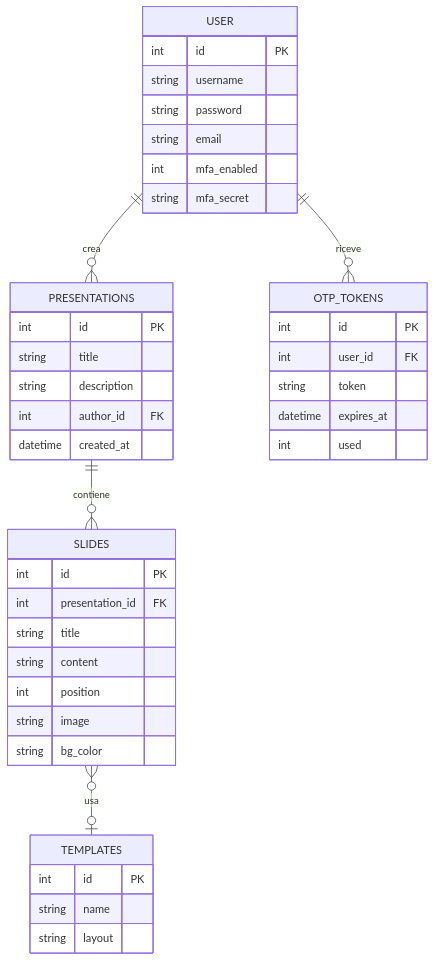
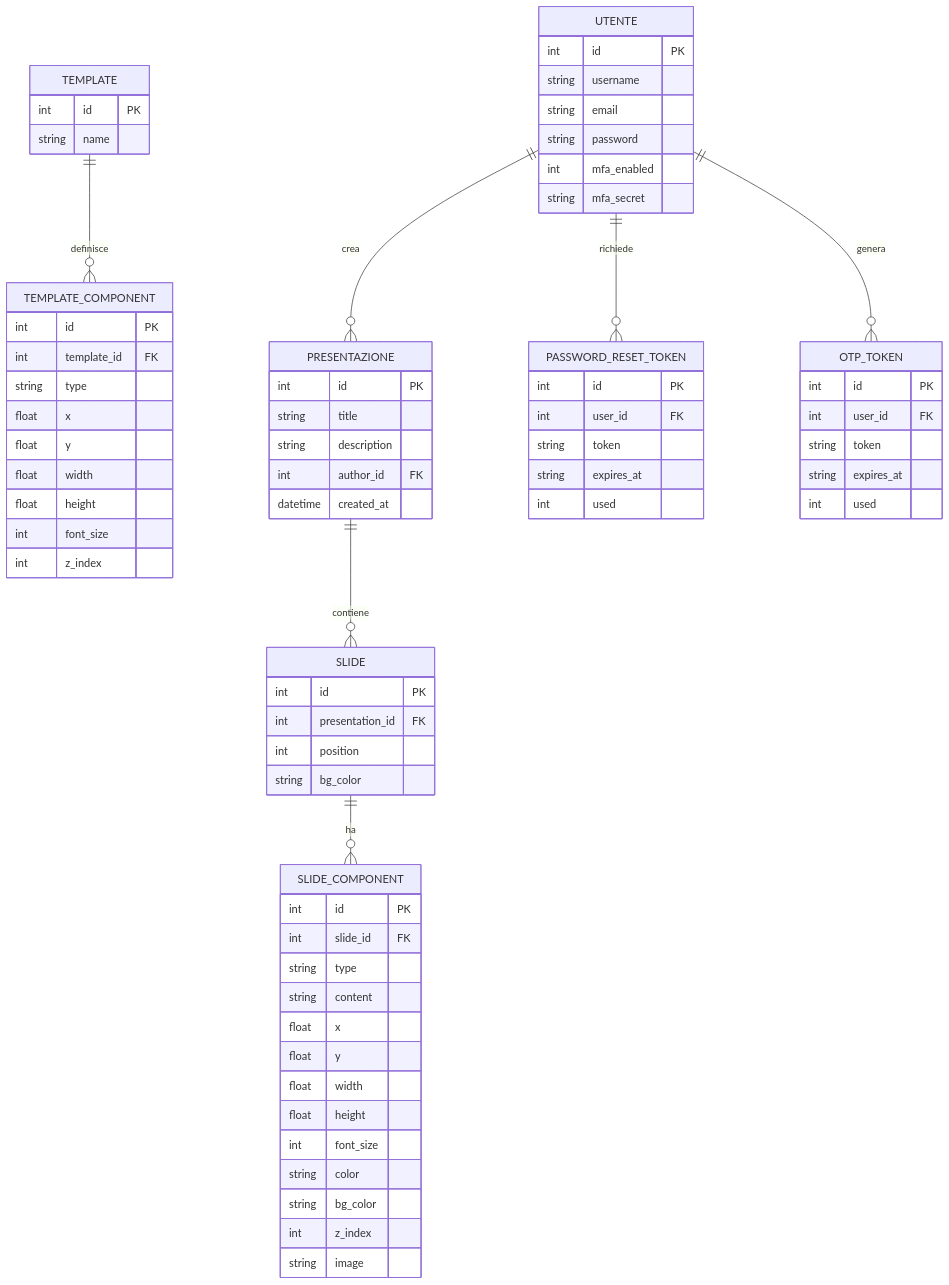
The first of 3 diagrams in Documento_Requisiti_SlidesApp.md (CristianMonticelli/Progetto_Maturita), drawn with Mermaid before and after one commit. The commit also changed other lines of this file and 6 other files, not shown here.

````diff
--- a/Documento_Requisiti_SlidesApp.md
+++ b/Documento_Requisiti_SlidesApp.md
@@ -225,44 +120,75 @@
 ```mermaid
 erDiagram
-    USER {
+    UTENTE {
         int id PK
         string username
+        string email
         string password
-        string email
         int mfa_enabled
         string mfa_secret
     }
-    PRESENTATIONS {
+    PRESENTAZIONE {
         int id PK
         string title
         string description
         int author_id FK
         datetime created_at
     }
-    SLIDES {
+    SLIDE {
         int id PK
         int presentation_id FK
-        string title
-        string content
         int position
-        string image
         string bg_color
     }
-    TEMPLATES {
+    SLIDE_COMPONENT {
+        int id PK
+        int slide_id FK
+        string type
+        string content
+        float x
+        float y
+        float width
+        float height
+        int font_size
+        string color
+        string bg_color
+        int z_index
+        string image
+    }
+    TEMPLATE {
         int id PK
         string name
-        string layout
     }
-    OTP_TOKENS {
+    TEMPLATE_COMPONENT {
+        int id PK
+        int template_id FK
+        string type
+        float x
+        float y
+        float width
+        float height
+        int font_size
+        int z_index
+    }
+    PASSWORD_RESET_TOKEN {
         int id PK
         int user_id FK
         string token
-        datetime expires_at
+        string expires_at
+        int used
+    }
+    OTP_TOKEN {
+        int id PK
+        int user_id FK
+        string token
+        string expires_at
         int used
     }
 
-    USER ||--o{ PRESENTATIONS : crea
-    PRESENTATIONS ||--o{ SLIDES : contiene
-    SLIDES }o--o| TEMPLATES : usa
-    USER ||--o{ OTP_TOKENS : riceve
+    UTENTE ||--o{ PRESENTAZIONE : crea
+    PRESENTAZIONE ||--o{ SLIDE : contiene
+    SLIDE ||--o{ SLIDE_COMPONENT : ha
+    TEMPLATE ||--o{ TEMPLATE_COMPONENT : definisce
+    UTENTE ||--o{ PASSWORD_RESET_TOKEN : richiede
+    UTENTE ||--o{ OTP_TOKEN : genera
 ```
````
